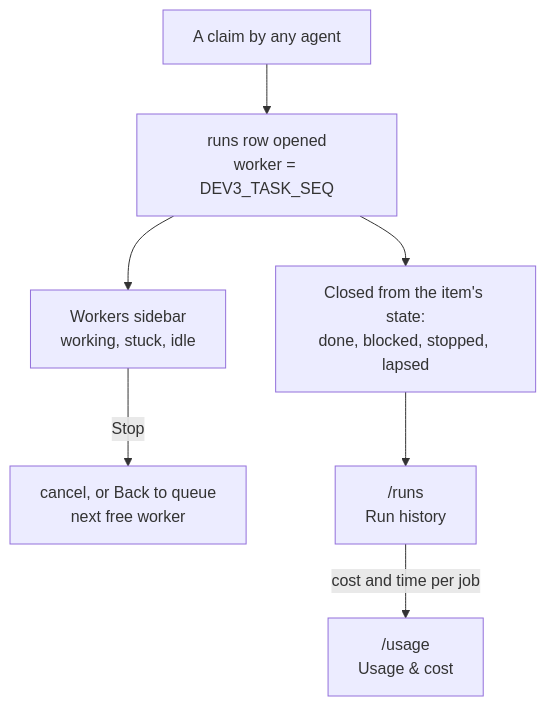
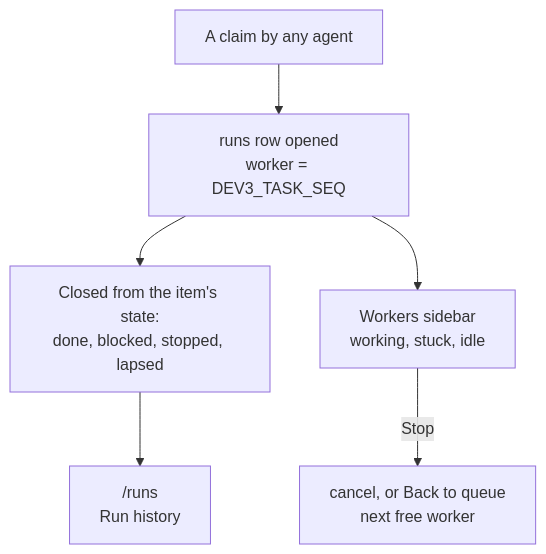
One commit to Pavlana/hirey changed the eighth of 10 diagrams in docs/how-it-works.md. Above: the diagram before and after it, drawn with Mermaid. The commit also changed other lines of this file and 31 other files, not shown here.

First line of the commit message:
Remove cost metrics: the Usage & cost page and the Evals page's cost (#58)

````diff
--- a/docs/how-it-works.md
+++ b/docs/how-it-works.md
@@ -259,9 +259,8 @@
 ```mermaid
 flowchart TD
     claim["A claim by any agent"] --> run["runs row opened<br/>worker = DEV3_TASK_SEQ"]
     run --> state["Closed from the item's state:<br/>done, blocked, stopped, lapsed"]
     run --> side["Workers sidebar<br/>working, stuck, idle"]
     side -->|"Stop"| stop["cancel, or Back to queue<br/>next free worker"]
     state --> hist["/runs<br/>Run history"]
-    hist -->|"cost and time per job"| cost["/usage<br/>Usage & cost"]
 ```
````
